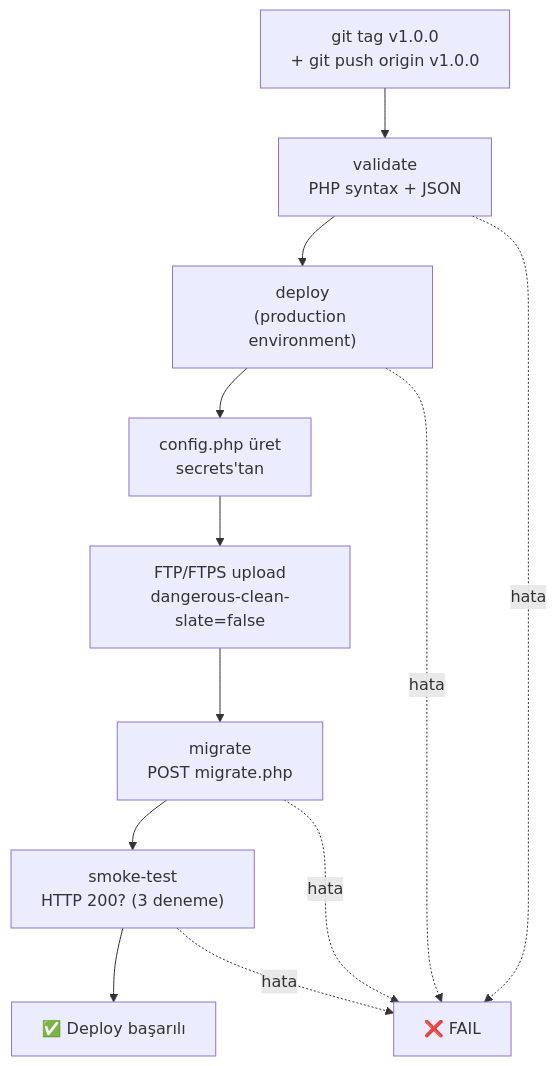
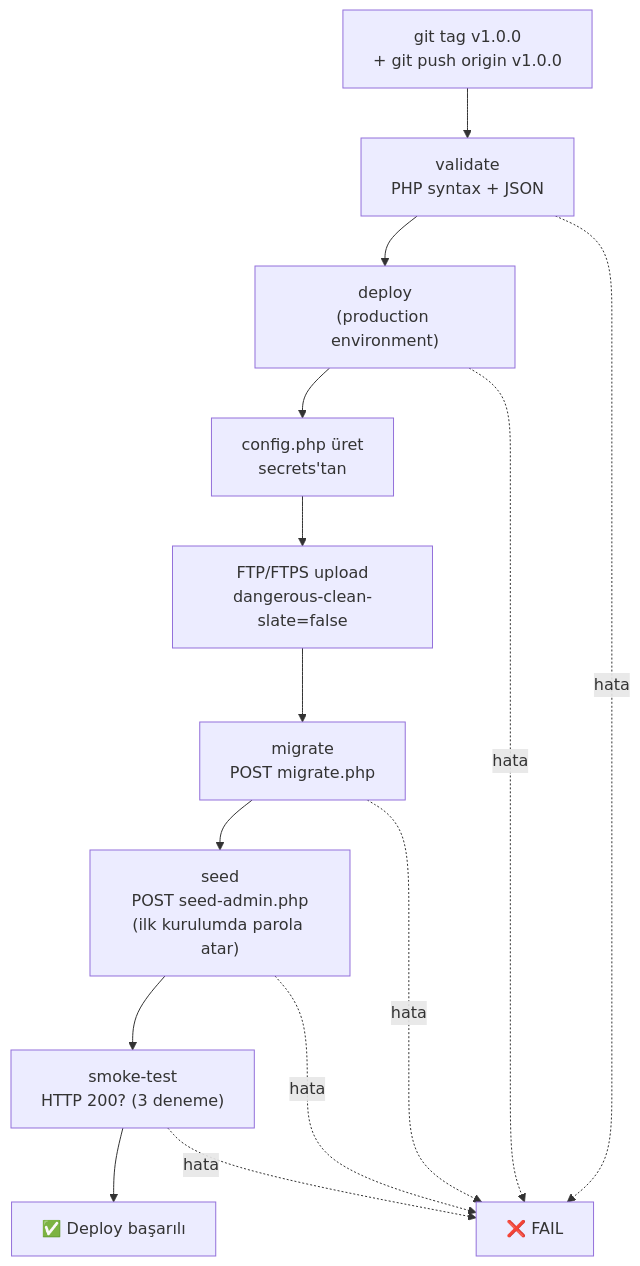
Before and after one commit to cemililik/Ferizli-lkadim-Akademi: the sixth of 8 diagrams in .github/SECRETS_KURULUM.md, drawn with Mermaid. The commit also changed other lines of this file and 3 other files, not shown here.

````diff
--- a/.github/SECRETS_KURULUM.md
+++ b/.github/SECRETS_KURULUM.md
@@ -245,15 +304,17 @@
 ```mermaid
 flowchart TD
   T["git tag v1.0.0<br/>+ git push origin v1.0.0"] --> A["validate<br/>PHP syntax + JSON"]
   A --> B["deploy<br/>(production environment)"]
   B --> B1["config.php üret<br/>secrets'tan"]
   B1 --> B2["FTP/FTPS upload<br/>dangerous-clean-slate=false"]
   B2 --> C["migrate<br/>POST migrate.php"]
-  C --> D["smoke-test<br/>HTTP 200? (3 deneme)"]
+  C --> S["seed<br/>POST seed-admin.php<br/>(ilk kurulumda parola atar)"]
+  S --> D["smoke-test<br/>HTTP 200? (3 deneme)"]
   D --> Z["✅ Deploy başarılı"]
 
   A -.->|hata| F["❌ FAIL"]
   B -.->|hata| F
   C -.->|hata| F
+  S -.->|hata| F
   D -.->|hata| F
 ```
````
